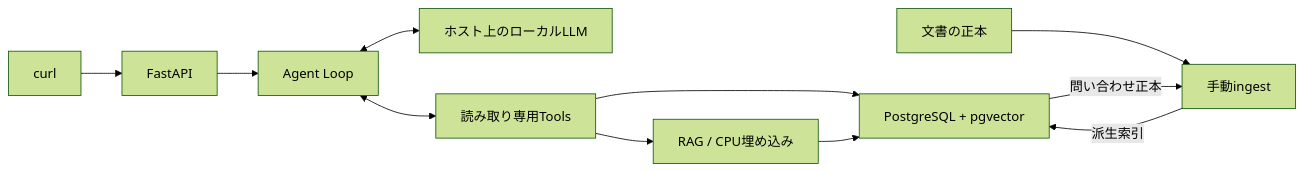
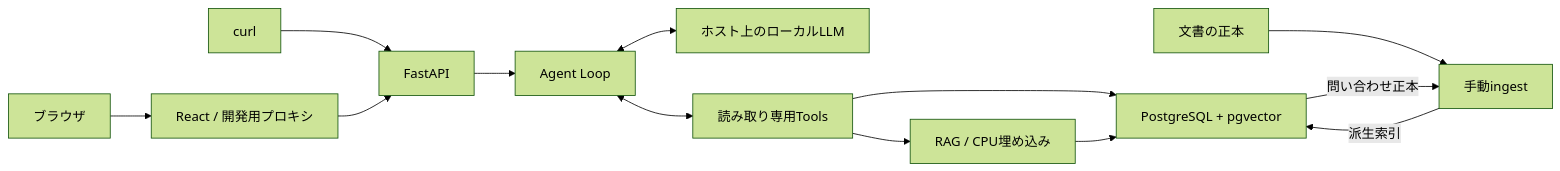
The diagram in README.md (philippos2/logi-scope), drawn with Mermaid (forest theme) before and after one commit. The commit also changed other lines of this file and 21 other files, not shown here.

````diff
--- a/README.md
+++ b/README.md
@@ -25,13 +25,15 @@
 ```mermaid
 flowchart LR
     Curl[curl] --> API[FastAPI]
+    Browser[ブラウザ] --> Frontend[React / 開発用プロキシ]
+    Frontend --> API
     API --> Loop[Agent Loop]
     Loop <--> LLM[ホスト上のローカルLLM]
     Loop <--> Tools[読み取り専用Tools]
     Tools --> DB[PostgreSQL + pgvector]
     Tools --> RAG[RAG / CPU埋め込み]
     RAG --> DB
     Docs[文書の正本] --> Ingest[手動ingest]
     DB -->|問い合わせ正本| Ingest
     Ingest -->|派生索引| DB
 ```
````
